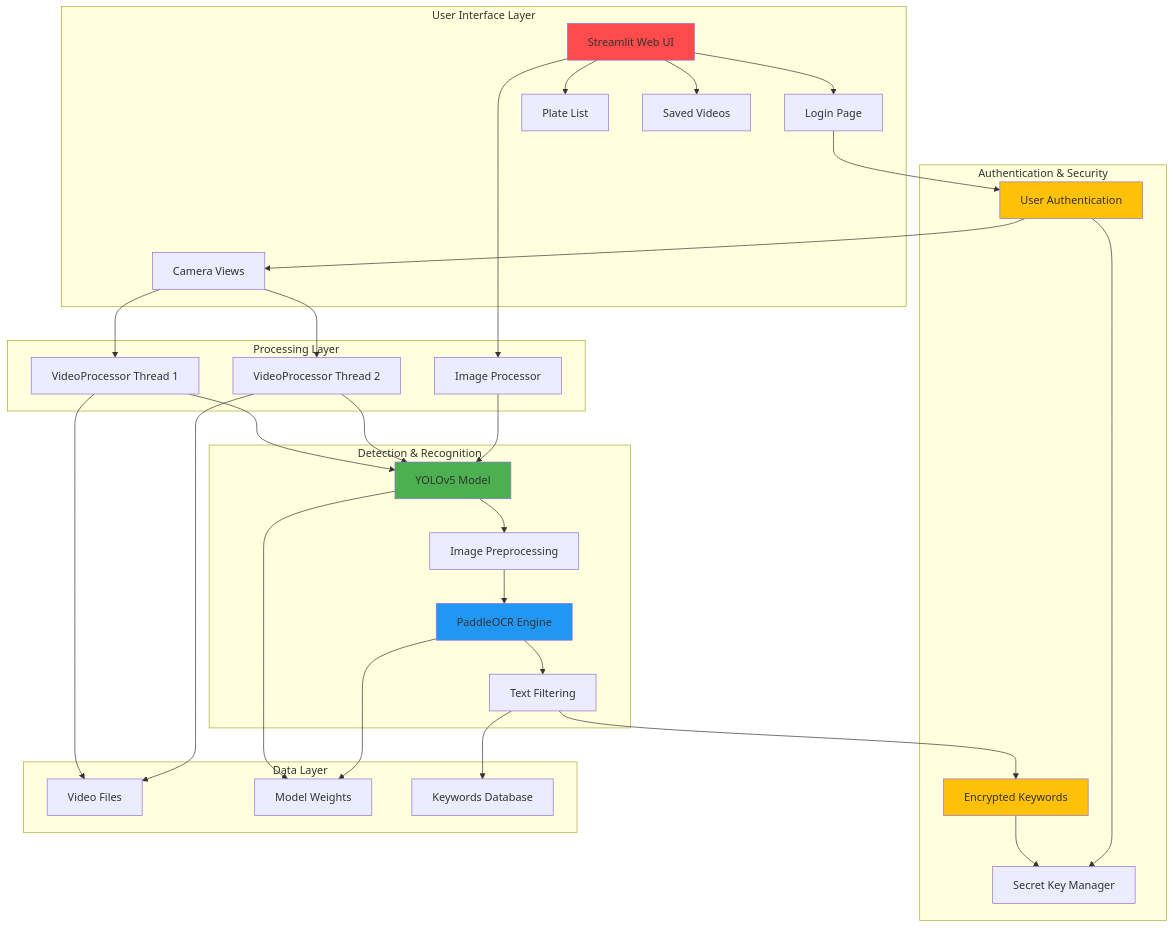
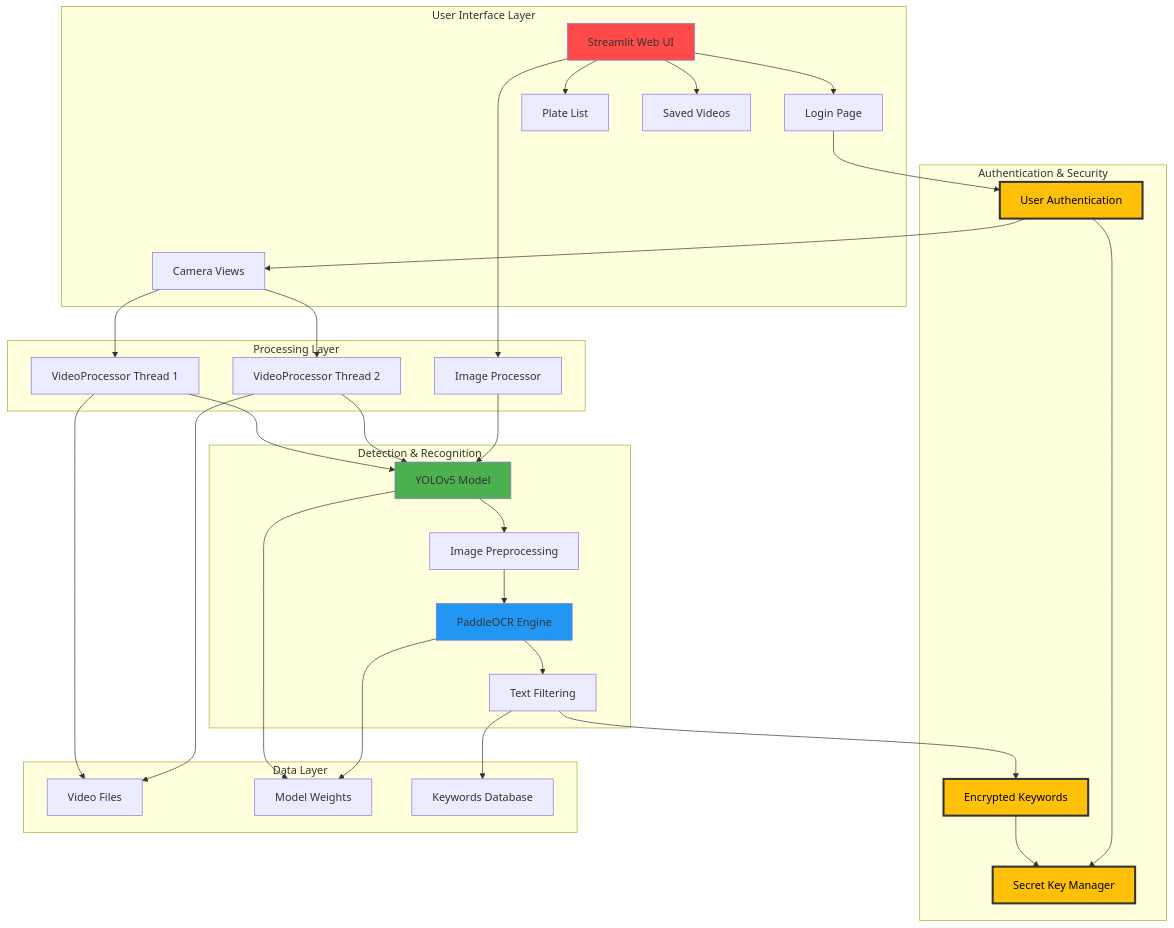
Before and after one commit to baloglu321/plate_rec: the first of 3 diagrams in README.md, drawn with Mermaid.

Commit message:
Update README.md
Updated mermaid text type

````diff
--- a/README.md
+++ b/README.md
@@ -71,70 +71,71 @@
 ```mermaid
 graph TB
     subgraph "User Interface Layer"
         A[Streamlit Web UI]
         B[Login Page]
         C[Camera Views]
         D[Plate List]
         E[Saved Videos]
     end
     
     subgraph "Authentication & Security"
         F[User Authentication]
         G[Encrypted Keywords]
         H[Secret Key Manager]
     end
     
     subgraph "Processing Layer"
         I[VideoProcessor Thread 1]
         J[VideoProcessor Thread 2]
         K[Image Processor]
     end
     
     subgraph "Detection & Recognition"
         L[YOLOv5 Model]
         M[PaddleOCR Engine]
         N[Image Preprocessing]
         O[Text Filtering]
     end
     
     subgraph "Data Layer"
         P[Video Files]
         Q[Model Weights]
         R[Keywords Database]
     end
     
     A --> B
     B --> F
     F --> C
     C --> I
     C --> J
     A --> D
     A --> E
     A --> K
     
     I --> L
     J --> L
     K --> L
     
     L --> N
     N --> M
     M --> O
     
     O --> G
     G --> H
     
     F --> H
     
     L --> Q
     M --> Q
     O --> R
     
     I --> P
     J --> P
     
     style A fill:#FF4B4B
     style L fill:#4CAF50
     style M fill:#2196F3
-    style F fill:#FFC107
-    style G fill:#FFC107
+    style F fill:#FFC107,stroke:#333,stroke-width:3px,color:#000
+    style G fill:#FFC107,stroke:#333,stroke-width:3px,color:#000
+    style H fill:#FFC107,stroke:#333,stroke-width:3px,color:#000
 ```
````
